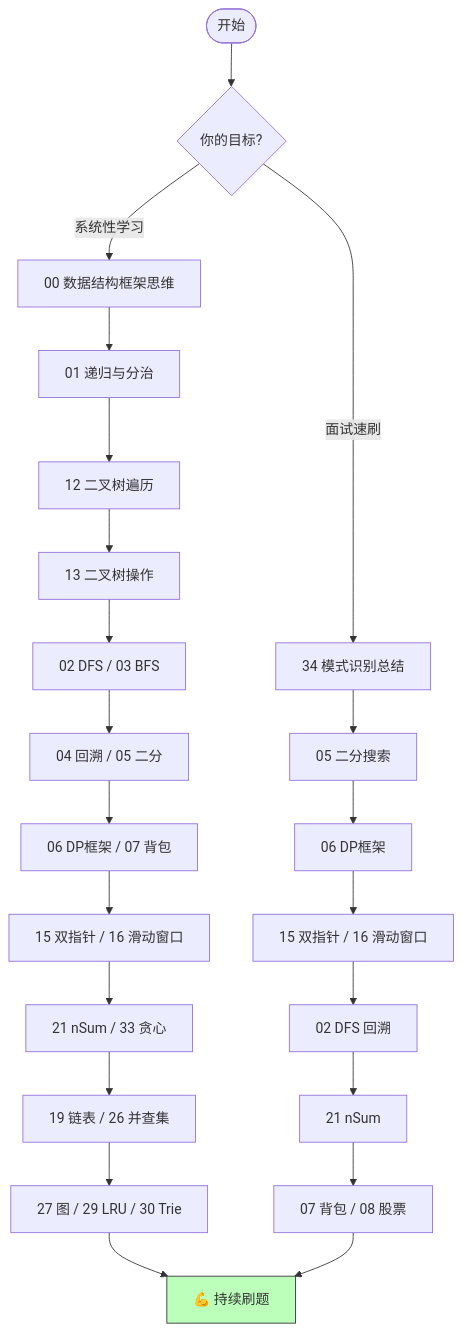
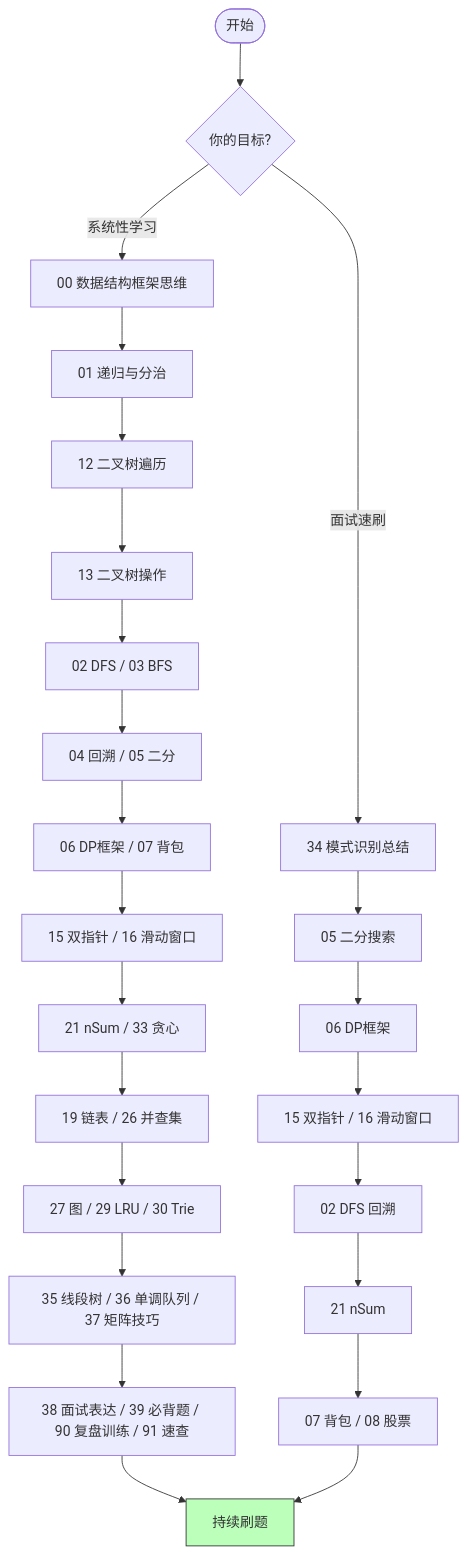
Before and after one commit to FleetingEcho/js-algorithm: the second of 2 diagrams in algorithm-frameworks/README.md, drawn with Mermaid. The commit also changed other lines of this file and 34 other files, not shown here.

````diff
--- a/algorithm-frameworks/README.md
+++ b/algorithm-frameworks/README.md
@@ -66,29 +76,31 @@
 ```mermaid
 flowchart TD
     START([开始]) --> CHOOSE{你的目标?}
 
     CHOOSE -->|系统性学习| SYSTEMATIC["00 数据结构框架思维"]
     CHOOSE -->|面试速刷| QUICK["34 模式识别总结"]
 
     SYSTEMATIC --> S01["01 递归与分治"]
     S01 --> S02["12 二叉树遍历"]
     S02 --> S03["13 二叉树操作"]
     S03 --> S04["02 DFS / 03 BFS"]
     S04 --> S05["04 回溯 / 05 二分"]
     S05 --> S06["06 DP框架 / 07 背包"]
     S06 --> S07["15 双指针 / 16 滑动窗口"]
     S07 --> S08["21 nSum / 33 贪心"]
     S08 --> S09["19 链表 / 26 并查集"]
     S09 --> S10["27 图 / 29 LRU / 30 Trie"]
-    S10 --> DONE["💪 持续刷题"]
+    S10 --> S11["35 线段树 / 36 单调队列 / 37 矩阵技巧"]
+    S11 --> S12["38 面试表达 / 39 必背题 / 90 复盘训练 / 91 速查"]
+    S12 --> DONE["持续刷题"]
 
     QUICK --> Q01["05 二分搜索"]
     Q01 --> Q02["06 DP框架"]
     Q02 --> Q03["15 双指针 / 16 滑动窗口"]
     Q03 --> Q04["02 DFS 回溯"]
     Q04 --> Q05["21 nSum"]
     Q05 --> Q06["07 背包 / 08 股票"]
     Q06 --> DONE
 
     style DONE fill:#bfb,stroke:#333
 ```
````
